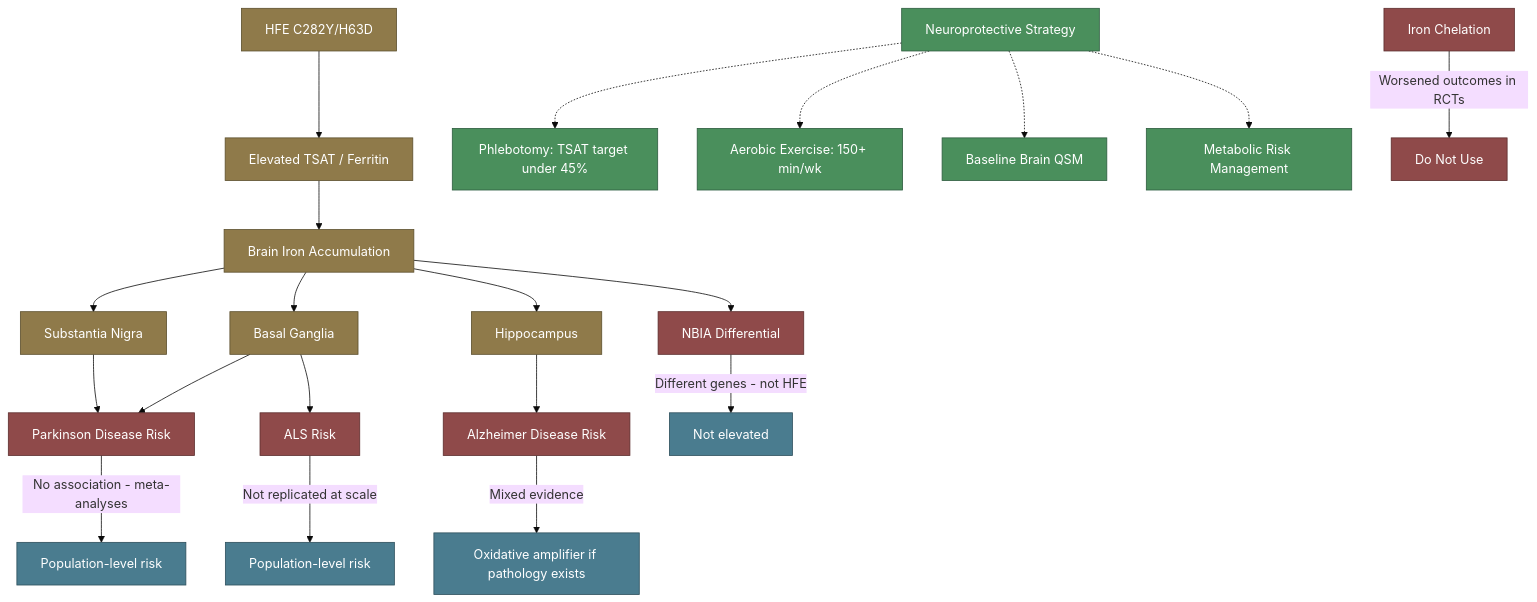
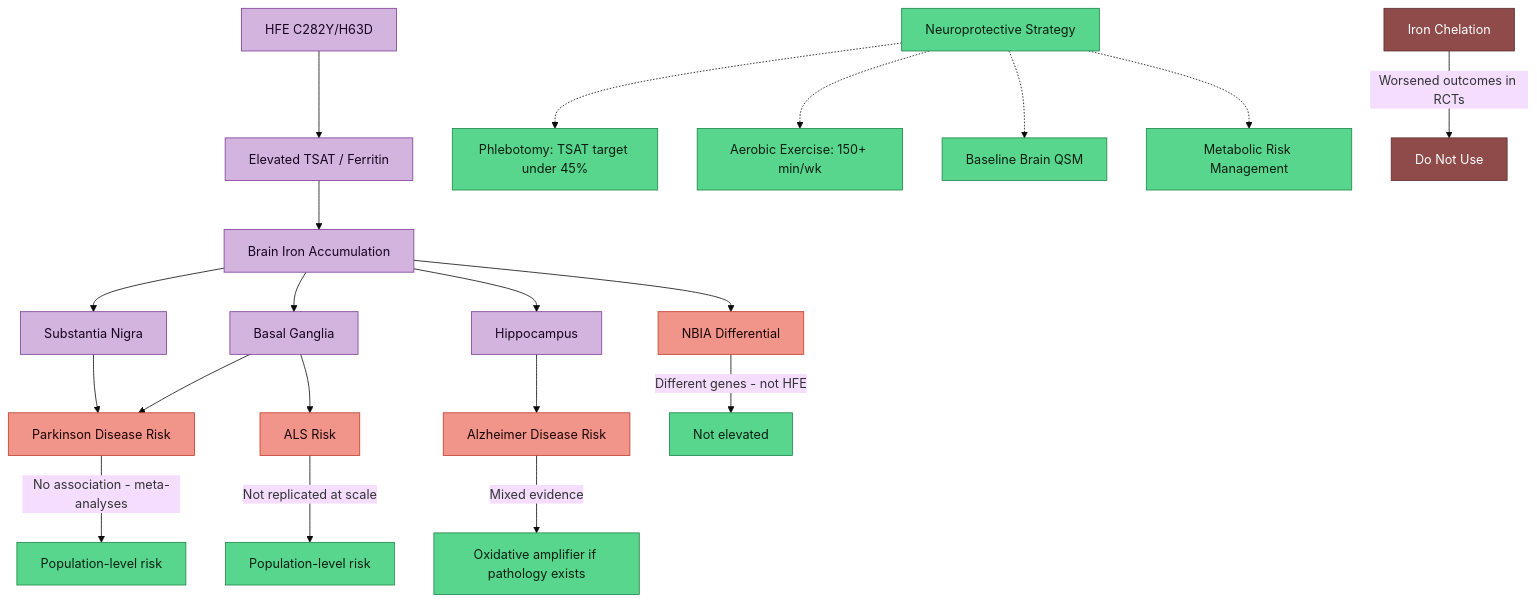
Before and after one commit to Aegis-commits/ag-hfe-adhd-asd-research: the diagram in research/HFE and Long-Term Neurodegeneration Risk.md, drawn with Mermaid (base theme). The commit also changed 39 other files, not shown here.

First line of the commit message:
docs(vault): standardise diagram colours for light-mode readability, add MOC quick nav

````diff
--- a/research/HFE and Long-Term Neurodegeneration Risk.md
+++ b/research/HFE and Long-Term Neurodegeneration Risk.md
@@ -44,40 +44,40 @@
 ```mermaid
 flowchart TD
     A[HFE C282Y/H63D] --> B[Elevated TSAT / Ferritin]
     B --> C[Brain Iron Accumulation]
     C --> D[Basal Ganglia]
     C --> E[Substantia Nigra]
     C --> F[Hippocampus]
 
     D --> G[Parkinson Disease Risk]
     E --> G
     G -->|No association - meta-analyses| G1[Population-level risk]
 
     F --> H[Alzheimer Disease Risk]
     H -->|Mixed evidence| H1[Oxidative amplifier if pathology exists]
 
     D --> I[ALS Risk]
     I -->|Not replicated at scale| I1[Population-level risk]
 
     C --> J[NBIA Differential]
     J -->|Different genes - not HFE| J1[Not elevated]
 
     K[Neuroprotective Strategy] -.-> L[Phlebotomy: TSAT target under 45%]
     K -.-> M[Aerobic Exercise: 150+ min/wk]
     K -.-> N[Baseline Brain QSM]
     K -.-> O[Metabolic Risk Management]
 
     P[Iron Chelation] -->|Worsened outcomes in RCTs| P1[Do Not Use]
 
-    classDef hfe fill:#8f7a4a,stroke:#5c4f2d,color:#fff
-    classDef risk fill:#8f4a4a,stroke:#5c2d2d,color:#fff
-    classDef evidence fill:#4a7c8f,stroke:#2d4f5c,color:#fff
-    classDef protect fill:#4a8f5c,stroke:#2d5c3f,color:#fff
+    classDef hfe fill:#d2b4de,stroke:#7d3c98,color:#1a0422
+    classDef risk fill:#f1948a,stroke:#c0392b,color:#1a0505
+    classDef evidence fill:#58d68d,stroke:#1e8449,color:#0a1f12
+    classDef protect fill:#58d68d,stroke:#1e8449,color:#0a1f12
     classDef warn fill:#8f4a4a,stroke:#5c2d2d,color:#fff
 
     class A,B,C,D,E,F hfe
     class G,H,I,J risk
     class G1,H1,I1,J1 evidence
     class K,L,M,N,O protect
     class P,P1 warn
 ```
````
